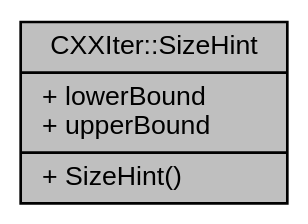
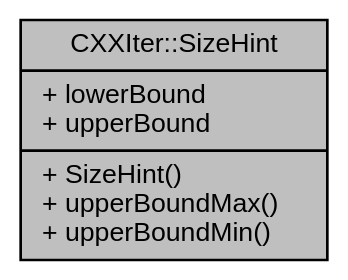
Before and after one commit to seijikun/CXXIter: the diagram in structCXXIter_1_1SizeHint__coll__graph.dot, drawn with Graphviz. The commit also changed 14 other files, not shown here.

```diff
--- a/structCXXIter_1_1SizeHint__coll__graph.dot
+++ b/structCXXIter_1_1SizeHint__coll__graph.dot
@@ -1,9 +1,9 @@
 digraph "CXXIter::SizeHint"
 {
  // INTERACTIVE_SVG=YES
  // LATEX_PDF_SIZE
   bgcolor="transparent";
   edge [fontname="Helvetica",fontsize="10",labelfontname="Helvetica",labelfontsize="10"];
   node [fontname="Helvetica",fontsize="10",shape=record];
-  Node1 [label="{CXXIter::SizeHint\n|+ lowerBound\l+ upperBound\l|+ SizeHint()\l}",height=0.2,width=0.4,color="black", fillcolor="grey75", style="filled", fontcolor="black",tooltip=" "];
+  Node1 [label="{CXXIter::SizeHint\n|+ lowerBound\l+ upperBound\l|+ SizeHint()\l+ upperBoundMax()\l+ upperBoundMin()\l}",height=0.2,width=0.4,color="black", fillcolor="grey75", style="filled", fontcolor="black",tooltip=" "];
 }
```
